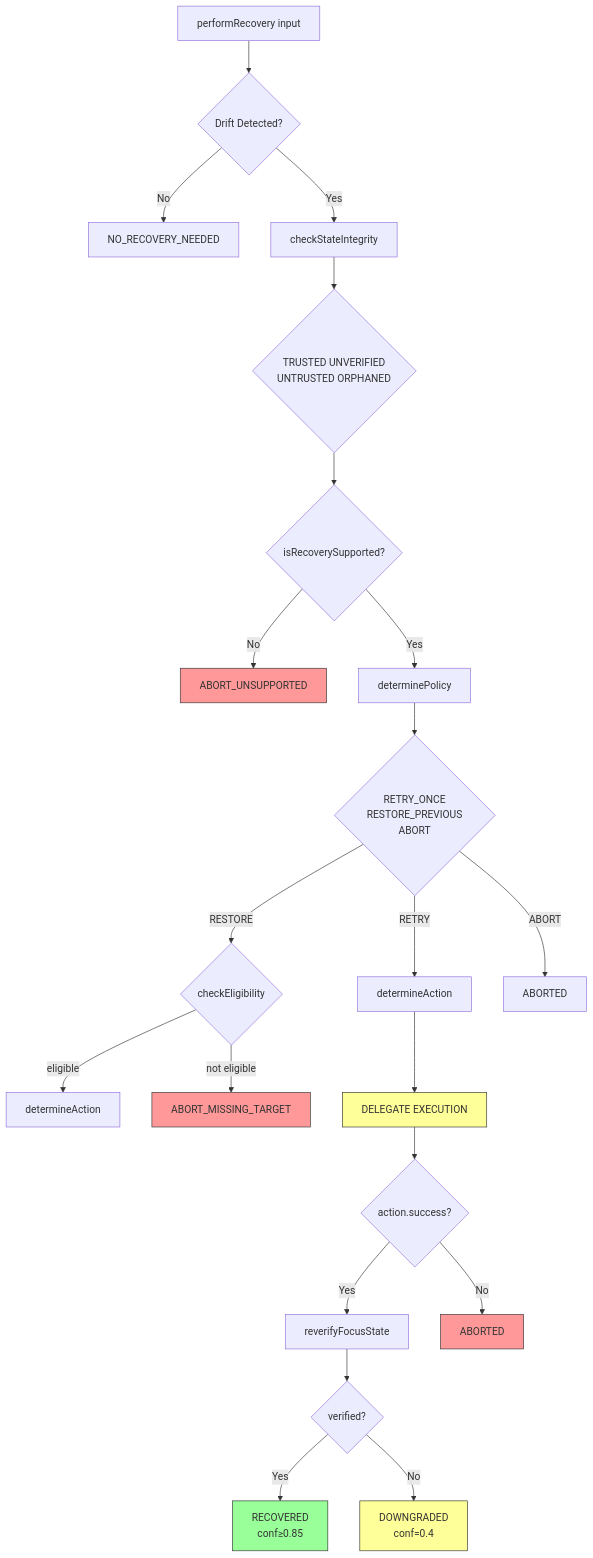
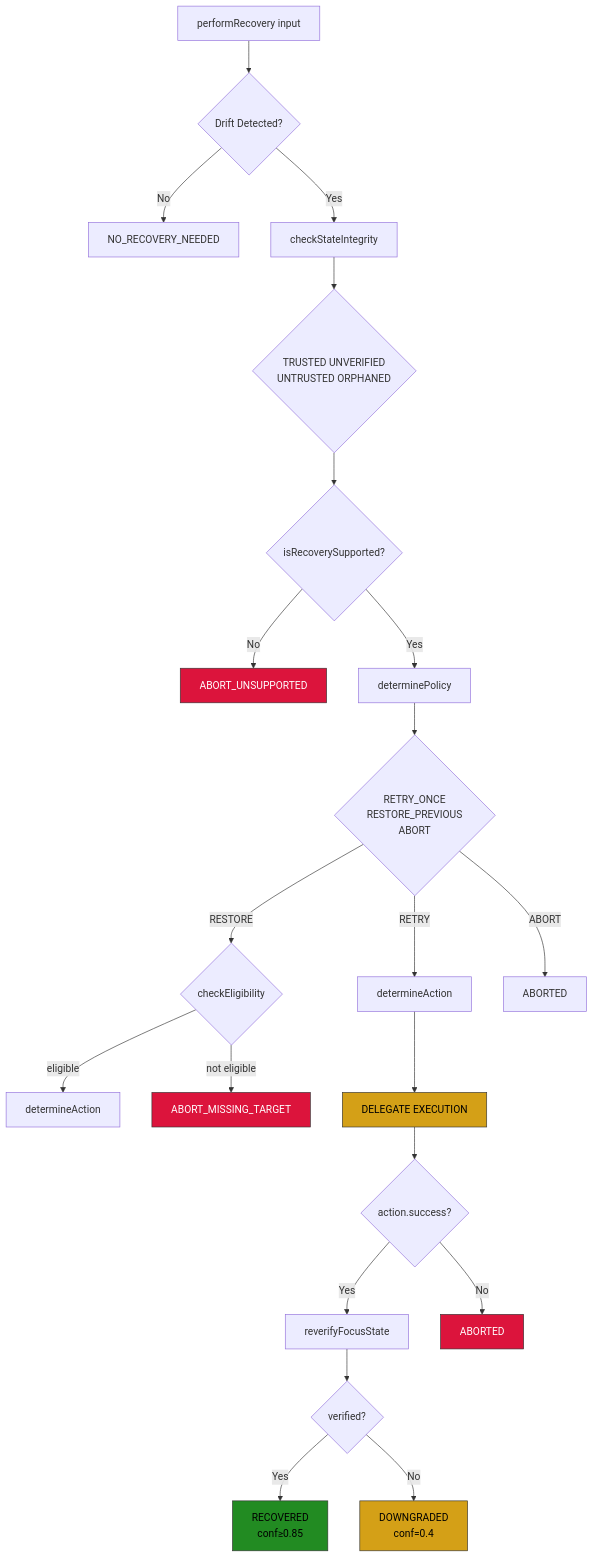
Before and after one commit to novelbytelabs/ArqonMaestro: the first of 2 diagrams in focus-recovery-zip/focus-recovery-technical-documentation.md, drawn with Mermaid. The commit also changed other lines of this file and 1 other file, not shown here.

Commit message:
Fix: Update diagram colors for better visibility - darker backgrounds with black/white text

````diff
--- a/focus-recovery-zip/focus-recovery-technical-documentation.md
+++ b/focus-recovery-zip/focus-recovery-technical-documentation.md
@@ -49,38 +49,38 @@
 ```mermaid
 flowchart TD
     A[performRecovery input] --> B{Drift Detected?}
     B -->|No| C[NO_RECOVERY_NEEDED]
     B -->|Yes| D[checkStateIntegrity]
     
     D --> E{TRUSTED UNVERIFIED<br/>UNTRUSTED ORPHANED}
     
     E --> F{isRecoverySupported?}
     F -->|No| G[ABORT_UNSUPPORTED]
     F -->|Yes| H[determinePolicy]
     
     H --> I{RETRY_ONCE<br/>RESTORE_PREVIOUS<br/>ABORT}
     
     I -->|RETRY| J[determineAction]
     I -->|RESTORE| K{checkEligibility}
     I -->|ABORT| L[ABORTED]
     
     K -->|eligible| M[determineAction]
     K -->|not eligible| N[ABORT_MISSING_TARGET]
     
     J --> O[DELEGATE EXECUTION]
     O --> P{action.success?}
     
     P -->|Yes| Q[reverifyFocusState]
     P -->|No| R[ABORTED]
     
     Q --> S{verified?}
     S -->|Yes| T[RECOVERED<br/>conf≥0.85]
     S -->|No| U[DOWNGRADED<br/>conf=0.4]
     
-    style O fill:#ff9,stroke:#333
-    style T fill:#9f9,stroke:#333
-    style U fill:#ff9,stroke:#333
-    style G fill:#f99,stroke:#333
-    style N fill:#f99,stroke:#333
-    style R fill:#f99,stroke:#333
+    style O fill:#d4a017,stroke:#333,color:#000
+    style T fill:#228b22,stroke:#333,color:#000
+    style U fill:#d4a017,stroke:#333,color:#000
+    style G fill:#dc143c,stroke:#333,color:#fff
+    style N fill:#dc143c,stroke:#333,color:#fff
+    style R fill:#dc143c,stroke:#333,color:#fff
 ```
````
